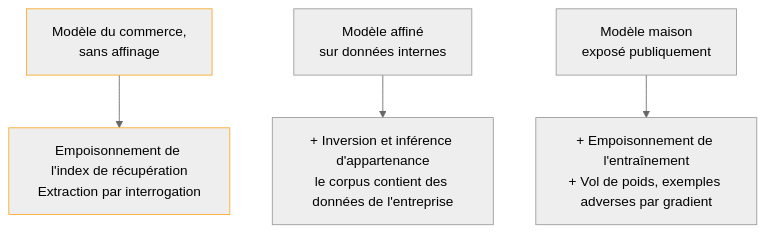
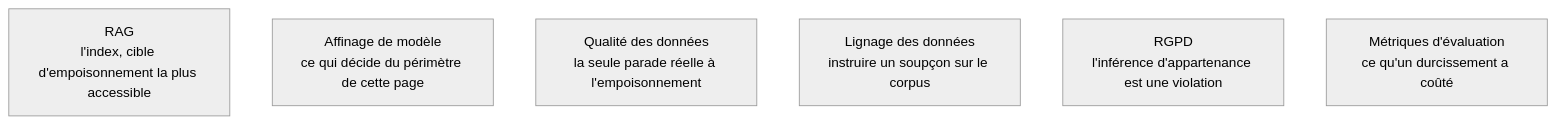
The diagram in content/parcours/ai-red-teaming/vulnerabilites-du-modele.md (floSa/Atlas-Metiers-Roadmaps), drawn with Mermaid (neutral theme) before and after one commit. The commit also changed other lines of this file, not shown here.

Commit message:
Vulnerabilites du modele : carte cliquable, trois profils de deploiement en tableau

````diff
--- a/content/parcours/ai-red-teaming/vulnerabilites-du-modele.md
+++ b/content/parcours/ai-red-teaming/vulnerabilites-du-modele.md
@@ -15,9 +11,16 @@
 ```mermaid
 flowchart TD
-  P1["Modèle du commerce,<br/>sans affinage"] --> A1["Empoisonnement de l'index de récupération<br/>Extraction par interrogation"]
-  P2["Modèle affiné<br/>sur données internes"] --> A2["+ Inversion et inférence d'appartenance<br/>le corpus contient des données de l'entreprise"]
-  P3["Modèle maison<br/>exposé publiquement"] --> A3["+ Empoisonnement de l'entraînement<br/>+ Vol de poids, exemples adverses par gradient"]
+  RAG["RAG<br/>l'index, cible d'empoisonnement la plus accessible"]
+  AFF["Affinage de modèle<br/>ce qui décide du périmètre de cette page"]
+  QUA["Qualité des données<br/>la seule parade réelle à l'empoisonnement"]
+  LIG["Lignage des données<br/>instruire un soupçon sur le corpus"]
+  RGP["RGPD<br/>l'inférence d'appartenance est une violation"]
+  MET["Métriques d'évaluation<br/>ce qu'un durcissement a coûté"]
 
-  classDef courant stroke:#f9a825,stroke-width:1px
-  class P1,A1 courant
+  click RAG "/notions/rag"
+  click AFF "/notions/affinage-de-modele"
+  click QUA "/notions/qualite-des-donnees"
+  click LIG "/notions/lignage-des-donnees"
+  click RGP "/notions/rgpd"
+  click MET "/notions/metriques-evaluation-ml"
 ```
````
